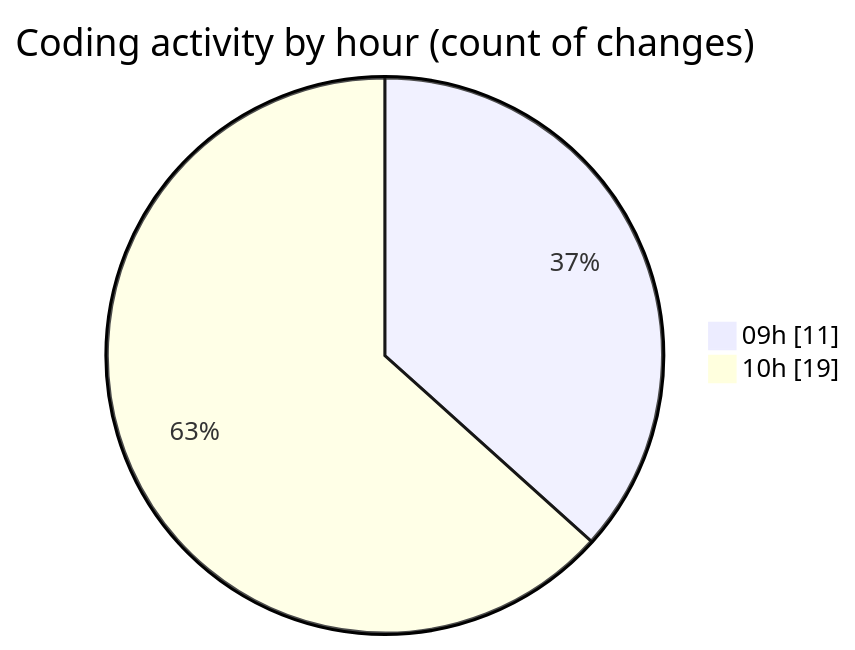
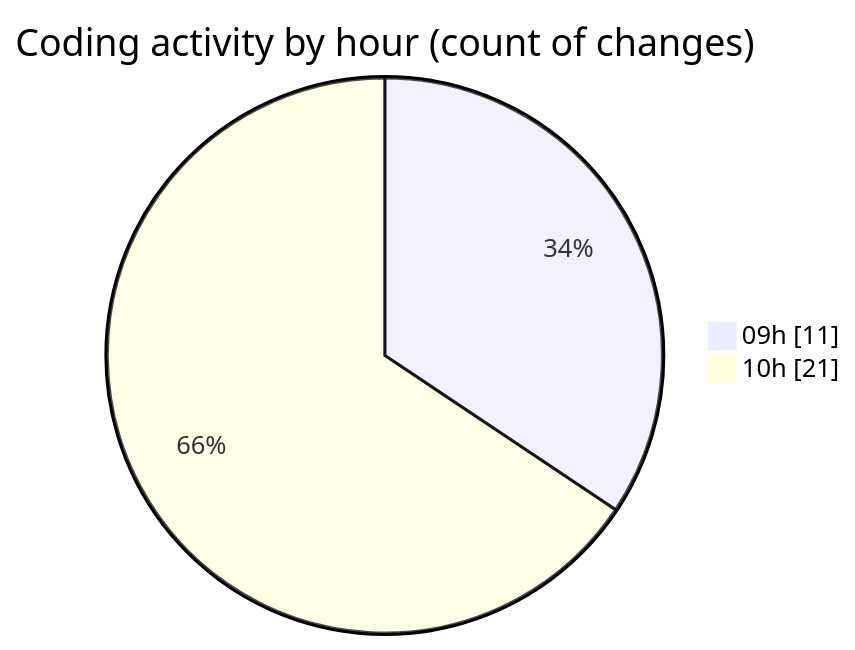
One commit to CELIANVF/code-tracking changed the second of 2 diagrams in 2025-05-27/ecodeli-1/README.md. Above: the diagram before and after it, drawn with Mermaid. The commit also changed other lines of this file and 1 other file, not shown here.

````diff
--- a/2025-05-27/ecodeli-1/README.md
+++ b/2025-05-27/ecodeli-1/README.md
@@ -38,6 +39,6 @@
 ```mermaid
 pie showData
 title Coding activity by hour (count of changes)
 "09h" : 11
-"10h" : 19
+"10h" : 21
 ```
````
